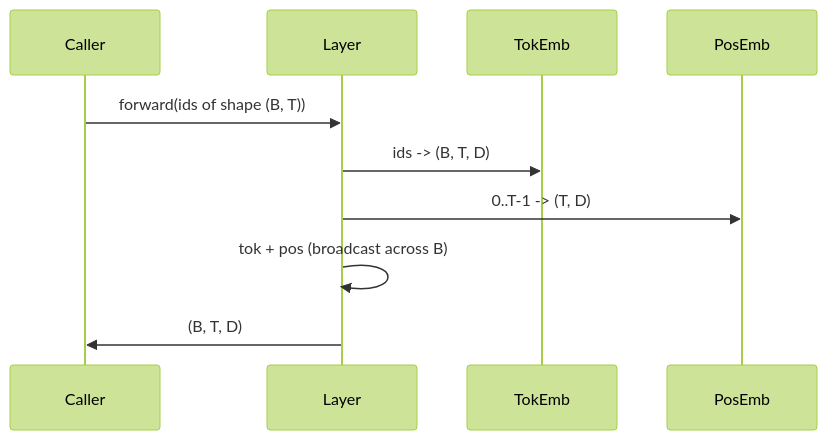
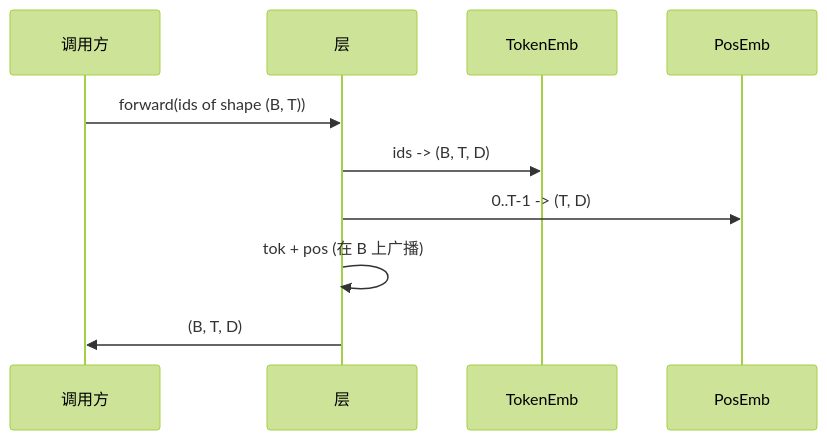
The second of 2 diagrams in lessons/19-capstone-projects/32-token-positional-embeddings/docs/zh.md (guangningsun/ailearning), drawn with Mermaid (forest theme) before and after one commit. The commit also changed other lines of this file and 85 other files, not shown here.

````diff
--- a/lessons/19-capstone-projects/32-token-positional-embeddings/docs/zh.md
+++ b/lessons/19-capstone-projects/32-token-positional-embeddings/docs/zh.md
@@ -77,12 +77,12 @@
 ```mermaid
 sequenceDiagram
-    participant Caller
-    participant Layer
-    participant TokEmb
+    participant 调用方
+    participant 层
+    participant TokenEmb
     participant PosEmb
-    Caller->>Layer: forward(ids of shape (B, T))
-    Layer->>TokEmb: ids -> (B, T, D)
-    Layer->>PosEmb: 0..T-1 -> (T, D)
-    Layer->>Layer: tok + pos (broadcast across B)
-    Layer->>Caller: (B, T, D)
+    调用方->>层: forward(ids of shape (B, T))
+    层->>TokenEmb: ids -> (B, T, D)
+    层->>PosEmb: 0..T-1 -> (T, D)
+    层->>层: tok + pos (在 B 上广播)
+    层->>调用方: (B, T, D)
 ```
````
